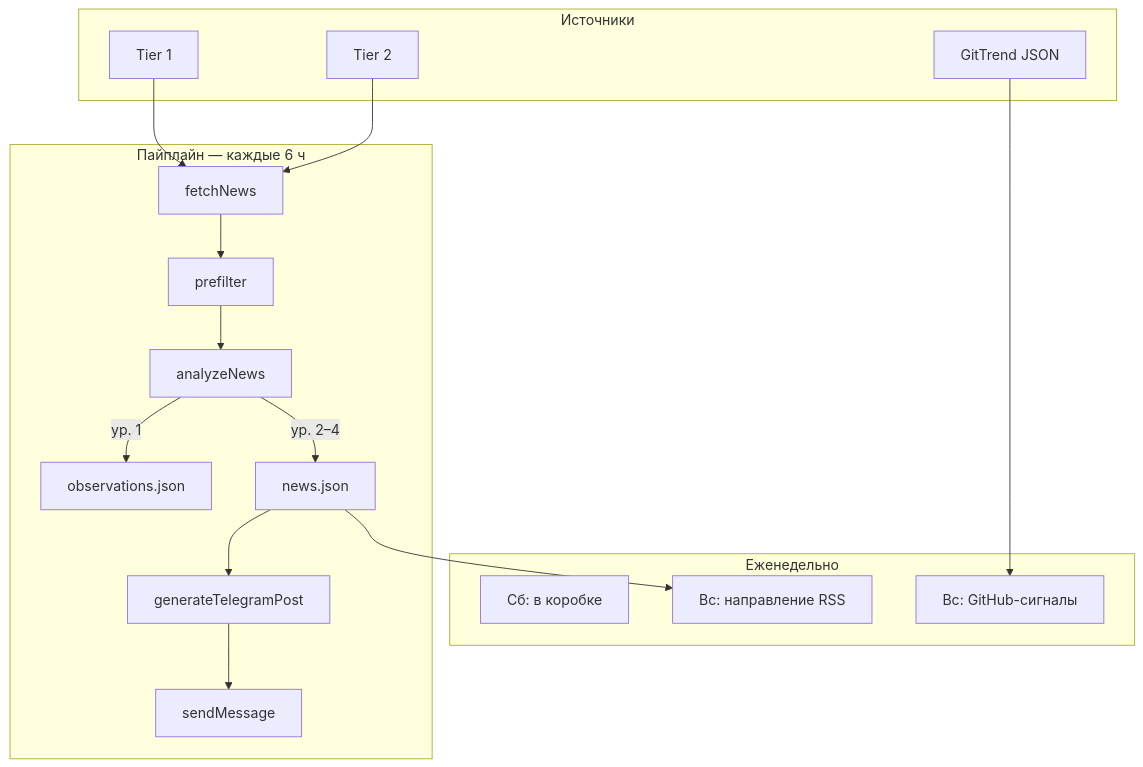
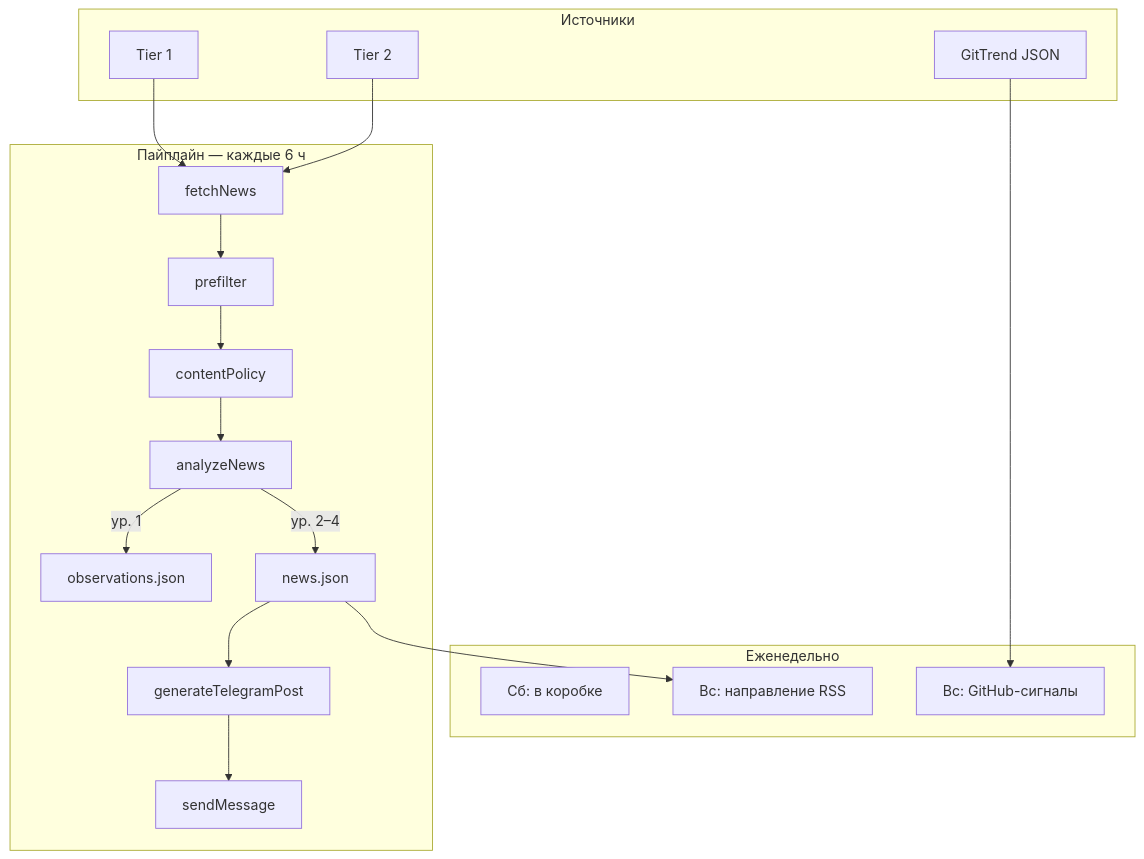
One commit to zobnin8-ux/radar changed the first of 2 diagrams in docs/Радар будущего.md. Above: the diagram before and after it, drawn with Mermaid. The commit also changed other lines of this file and 24 other files, not shown here.

````diff
--- a/docs/Радар будущего.md
+++ b/docs/Радар будущего.md
@@ -122,33 +122,34 @@
 ```mermaid
 flowchart TB
     subgraph sources [Источники]
         RSS1[Tier 1]
         RSS2[Tier 2]
         GT[GitTrend JSON]
     end
 
     subgraph pipeline [Пайплайн — каждые 6 ч]
         Fetch[fetchNews]
         Pre[prefilter]
+        Policy[contentPolicy]
         AI1[analyzeNews]
         Obs[observations.json]
         Queue[news.json]
         AI2[generateTelegramPost]
         Send[sendMessage]
     end
 
     subgraph weekly [Еженедельно]
         Box[Сб: в коробке]
         Trends[Вс: направление RSS]
         GitHub[Вс: GitHub-сигналы]
     end
 
     RSS1 --> Fetch
     RSS2 --> Fetch
-    Fetch --> Pre --> AI1
+    Fetch --> Pre --> Policy --> AI1
     AI1 -->|ур. 1| Obs
     AI1 -->|ур. 2–4| Queue
     Queue --> AI2 --> Send
     GT --> GitHub
     Queue --> Trends
 ```
````
